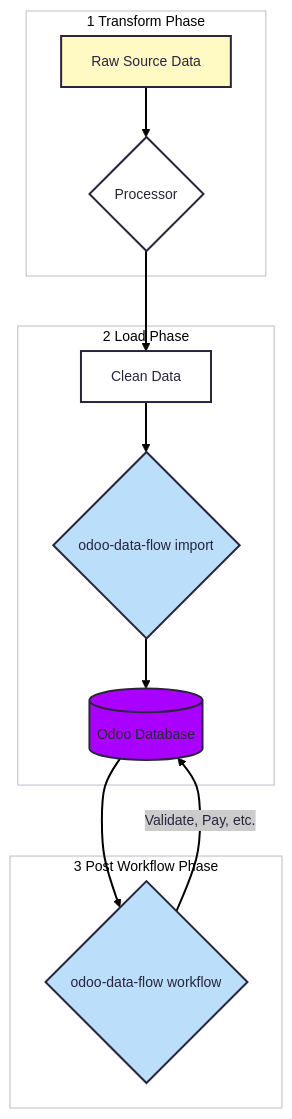
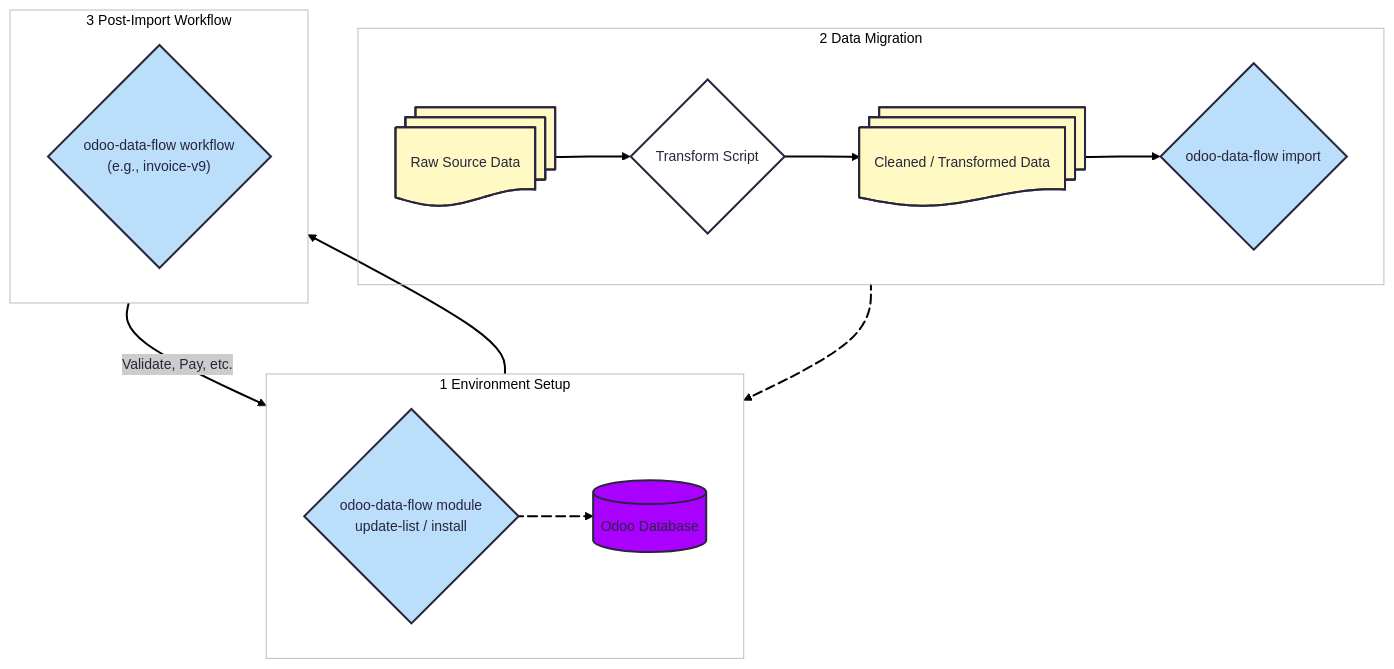
The third of 5 diagrams in docs/core_concepts.md (bosd/odoo-data-flow), drawn with Mermaid before and after one commit. The commit also changed other lines of this file and 7 other files, not shown here.

````diff
--- a/docs/core_concepts.md
+++ b/docs/core_concepts.md
@@ -81,34 +82,44 @@
 ```{mermaid}
 ---
 config:
   theme: redux
 ---
 flowchart TD
- subgraph subGraph0["1 Transform Phase"]
-        B{"Processor"}
-        A["Raw Source Data"]
+ subgraph subGraph0["1 Environment Setup"]
+    direction LR
+        B[("Odoo Database")]
+        A{"odoo-data-flow module<br>update-list / install"}
   end
- subgraph subGraph1["2 Load Phase"]
-        C["Clean Data"]
-        D{"odoo-data-flow import"}
-        E["Odoo Database"]
+ subgraph subGraph1["2 Data Migration"]
+    direction LR
+        D{"Transform Script"}
+        C["Raw Source Data"]
+        E["Cleaned / Transformed Data"]
+        F{"odoo-data-flow import"}
   end
- subgraph subGraph2["3 Post Workflow Phase"]
-        F{"odoo-data-flow workflow"}
+ subgraph subGraph2["3 Post-Import Workflow"]
+    direction LR
+        G{"odoo-data-flow workflow<br>(e.g., invoice-v9)"}
   end
-    A --> B
-    B --> C
+    A L_A_B_0@--> B
     C --> D
     D --> E
     E --> F
-    F -- "Validate, Pay, etc." --> E
-    E@{ shape: cyl}
-    style A fill:#FFF9C4
-    style D fill:#BBDEFB
-    style E fill:#AA00FF
+    F L_F_B_0@--> B
+    B --> G
+    G -- "Validate, Pay, etc." --> B
+    C@{ shape: docs}
+    E@{ shape: docs}
+    style B fill:#AA00FF
+    style A fill:#BBDEFB
+    style C fill:#FFF9C4
+    style E fill:#FFF9C4
     style F fill:#BBDEFB
+    style G fill:#BBDEFB
+    style subGraph2 fill:transparent
     style subGraph0 fill:transparent
     style subGraph1 fill:transparent
-    style subGraph2 fill:transparent
+    L_A_B_0@{ animation: slow }
+    L_F_B_0@{ animation: slow }
 
 ```
````
